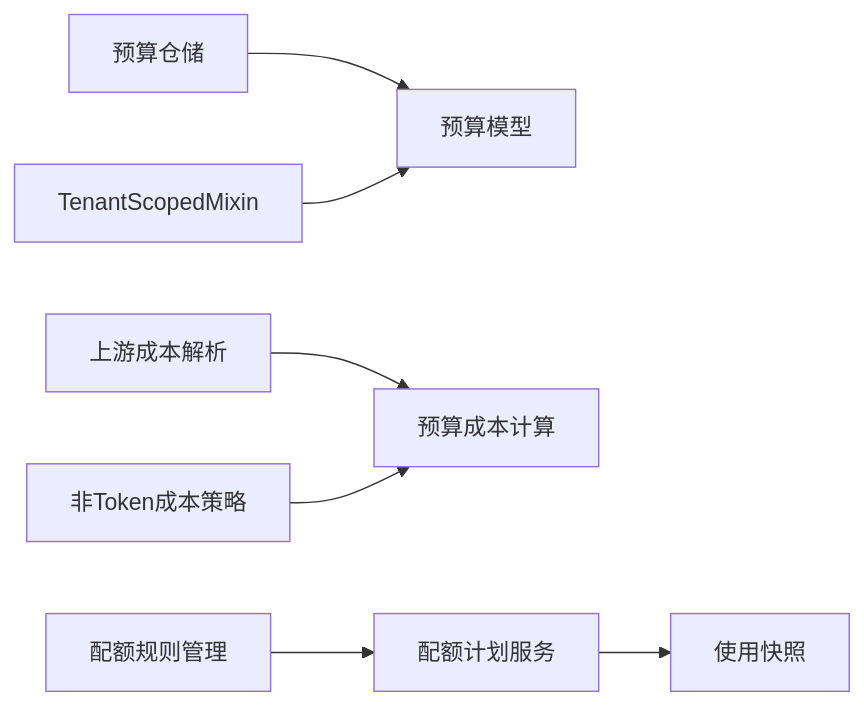
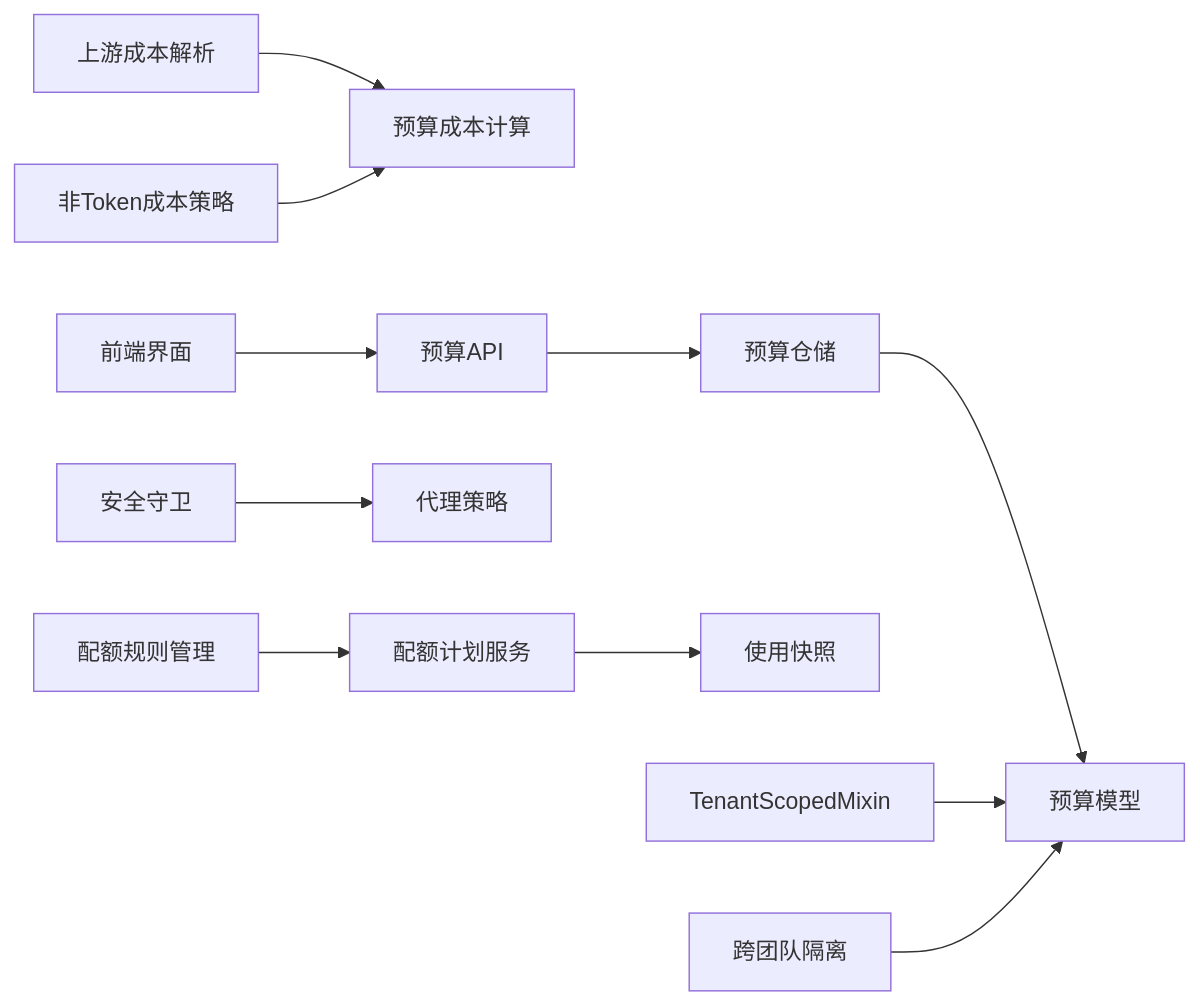
Before and after one commit to tianyehedashu/ai-agent: the ninth of 9 diagrams in .qoder/repowiki/zh/content/网关服务架构/成本控制与配额.md, drawn with Mermaid. The commit also changed other lines of this file and 25 other files, not shown here.

````diff
--- a/.qoder/repowiki/zh/content/网关服务架构/成本控制与配额.md
+++ b/.qoder/repowiki/zh/content/网关服务架构/成本控制与配额.md
@@ -454,9 +609,13 @@
 ```mermaid
 graph LR
 BudgetRepo["预算仓储"] --> BudgetModel["预算模型"]
 UpstreamCost["上游成本解析"] --> PricingCost["预算成本计算"]
 NonToken["非Token成本策略"] --> PricingCost
 QuotaRules["配额规则管理"] --> QuotaPlan["配额计划服务"]
 QuotaPlan --> Snapshot["使用快照"]
 Mixin["TenantScopedMixin"] --> BudgetModel
+CrossTeam["跨团队隔离"] --> BudgetModel
+Guard["安全守卫"] --> ProxyPolicy["代理策略"]
+Frontend["前端界面"] --> API["预算API"]
+API --> BudgetRepo
 ```
````
